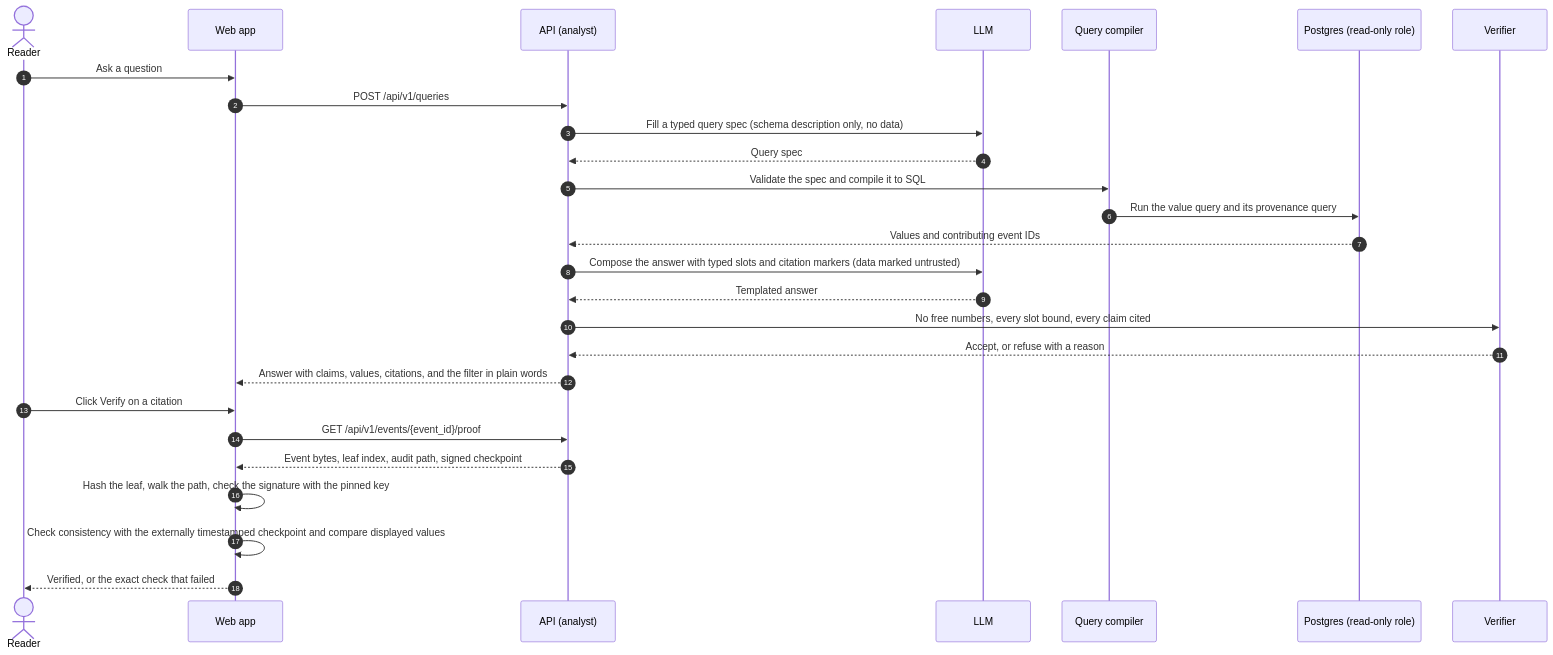
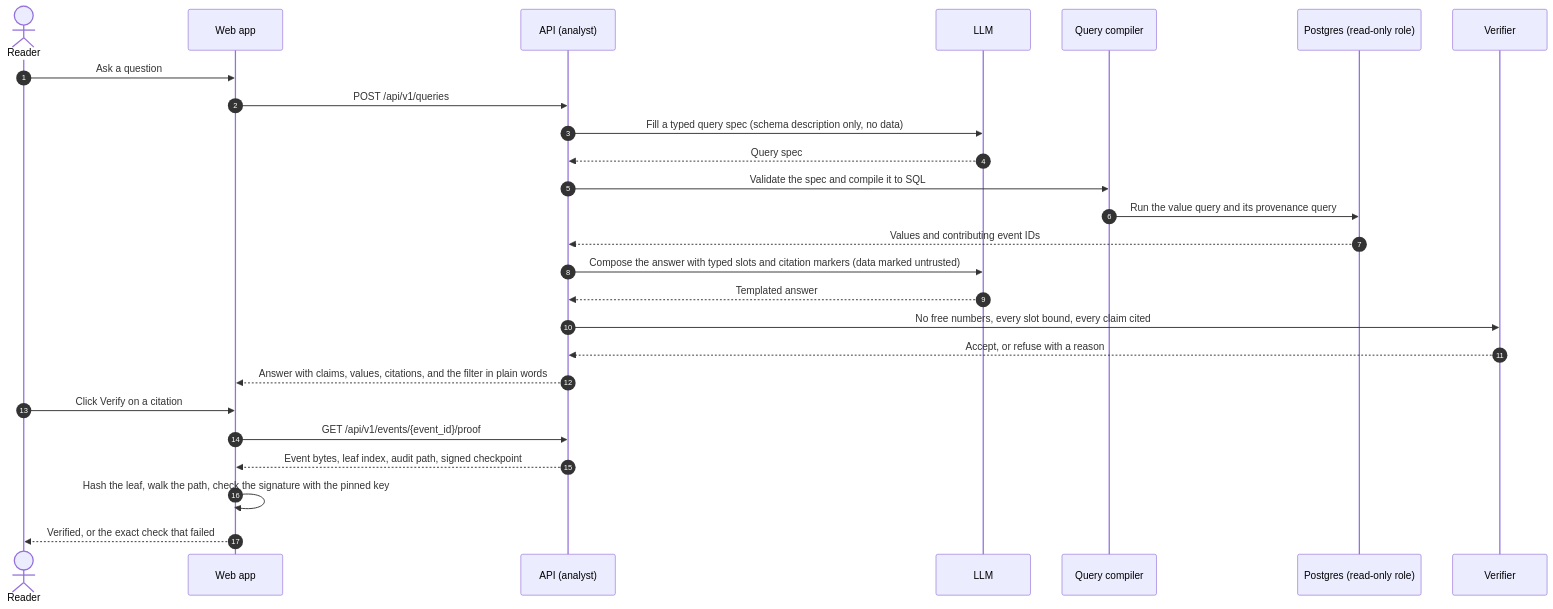
One commit to raunak-choudhary/tallyproof changed the third of 3 diagrams in docs/architecture.md. Above: the diagram before and after it, drawn with Mermaid. The commit also changed other lines of this file, not shown here.

First line of the commit message:
docs(architecture): say which tamper checks run in the browser

````diff
--- a/docs/architecture.md
+++ b/docs/architecture.md
@@ -106,29 +106,28 @@
 ```mermaid
 sequenceDiagram
 autonumber
 actor U as Reader
 participant W as Web app
 participant A as API (analyst)
 participant L as LLM
 participant C as Query compiler
 participant DB as Postgres (read-only role)
 participant V as Verifier
 U->>W: Ask a question
 W->>A: POST /api/v1/queries
 A->>L: Fill a typed query spec (schema description only, no data)
 L-->>A: Query spec
 A->>C: Validate the spec and compile it to SQL
 C->>DB: Run the value query and its provenance query
 DB-->>A: Values and contributing event IDs
 A->>L: Compose the answer with typed slots and citation markers (data marked untrusted)
 L-->>A: Templated answer
 A->>V: No free numbers, every slot bound, every claim cited
 V-->>A: Accept, or refuse with a reason
 A-->>W: Answer with claims, values, citations, and the filter in plain words
 U->>W: Click Verify on a citation
 W->>A: GET /api/v1/events/{event_id}/proof
 A-->>W: Event bytes, leaf index, audit path, signed checkpoint
 W->>W: Hash the leaf, walk the path, check the signature with the pinned key
-W->>W: Check consistency with the externally timestamped checkpoint and compare displayed values
 W-->>U: Verified, or the exact check that failed
 ```
````
